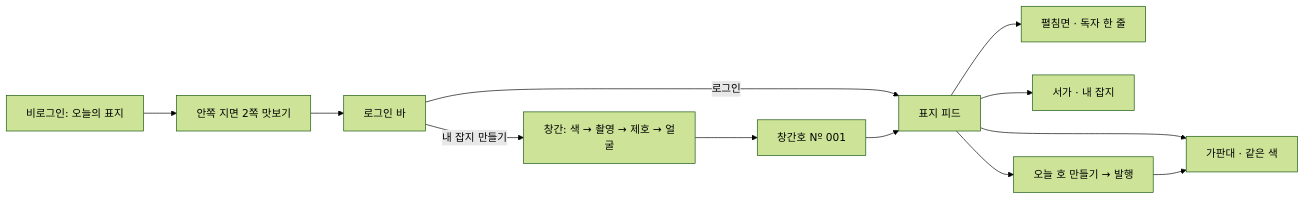
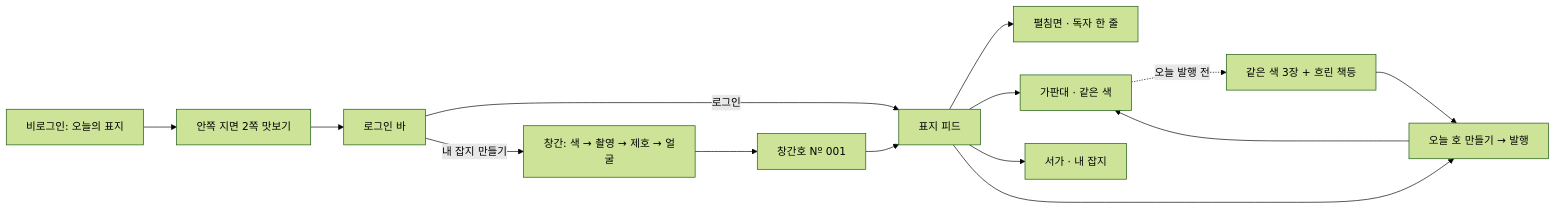
Before and after one commit to konga22/Esel: the diagram in docs/ESEL_HARNESS.md, drawn with Mermaid (forest theme). The commit also changed other lines of this file and 10 other files, not shown here.

````diff
--- a/docs/ESEL_HARNESS.md
+++ b/docs/ESEL_HARNESS.md
@@ -206,14 +213,16 @@
 ```mermaid
 flowchart LR
     A["비로그인: 오늘의 표지"] --> B["안쪽 지면 2쪽 맛보기"]
     B --> C["로그인 바"]
     C -->|"로그인"| F["표지 피드"]
     C -->|"내 잡지 만들기"| D["창간: 색 → 촬영 → 제호 → 얼굴"]
     D --> E["창간호 Nº 001"]
     E --> F
     F --> G["펼침면 · 독자 한 줄"]
     F --> H["가판대 · 같은 색"]
+    H -.->|"오늘 발행 전"| K["같은 색 3장 + 흐린 책등"]
+    K --> J
     F --> I["서가 · 내 잡지"]
     F --> J["오늘 호 만들기 → 발행"]
     J --> H
 ```
````
